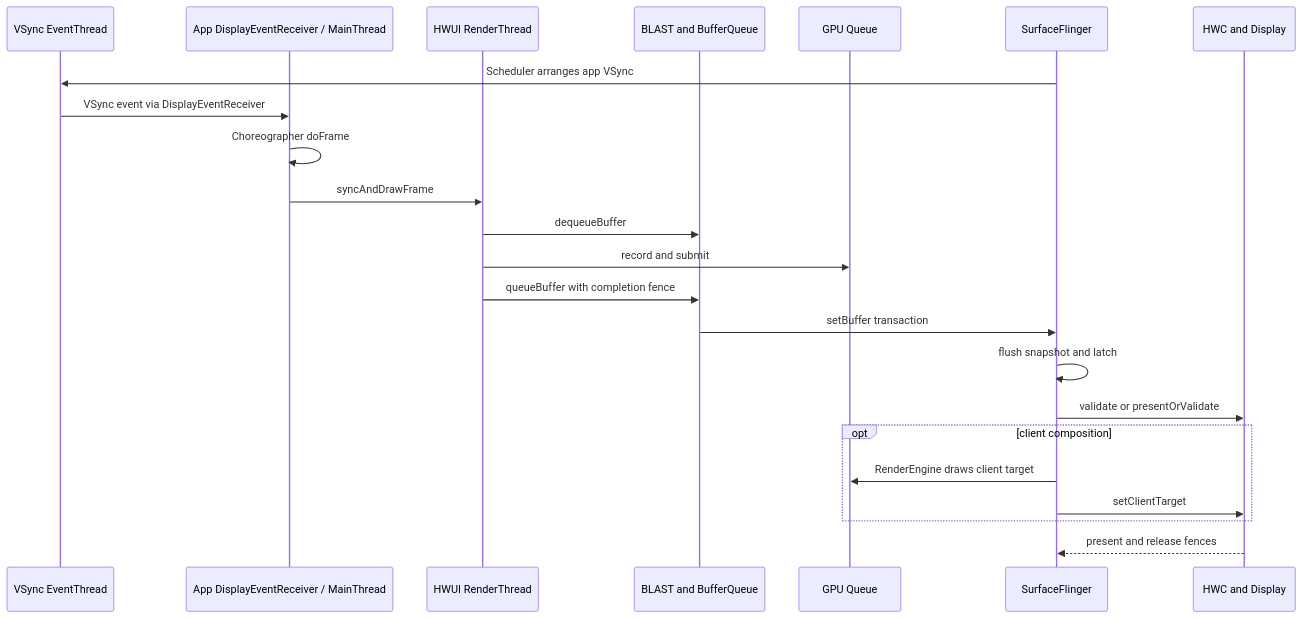
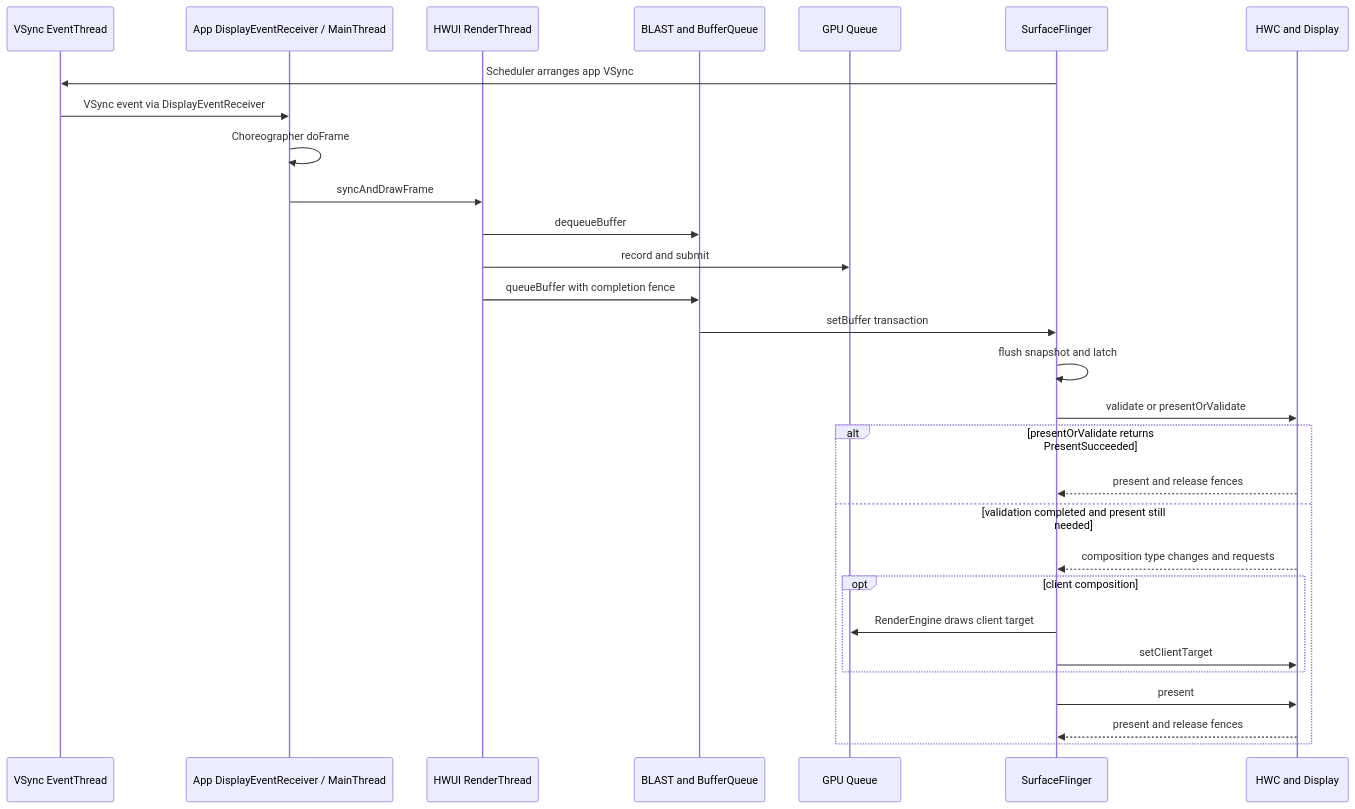
One commit to Gracker/android-internals-wiki changed the diagram in src/part1-fundamentals/ch01-architecture/19-display-windowmanager-architecture.md. Above: the diagram before and after it, drawn with Mermaid. The commit also changed other lines of this file, not shown here.

````diff
--- a/src/part1-fundamentals/ch01-architecture/19-display-windowmanager-architecture.md
+++ b/src/part1-fundamentals/ch01-architecture/19-display-windowmanager-architecture.md
@@ -321,26 +325,32 @@
 ```mermaid
 sequenceDiagram
     participant ET as VSync EventThread
     participant APP as App DisplayEventReceiver / MainThread
     participant RT as HWUI RenderThread
     participant BQ as BLAST and BufferQueue
     participant GPU as GPU Queue
     participant SF as SurfaceFlinger
     participant HWC as HWC and Display
 
     SF->>ET: Scheduler arranges app VSync
     ET->>APP: VSync event via DisplayEventReceiver
     APP->>APP: Choreographer doFrame
     APP->>RT: syncAndDrawFrame
     RT->>BQ: dequeueBuffer
     RT->>GPU: record and submit
     RT->>BQ: queueBuffer with completion fence
     BQ->>SF: setBuffer transaction
     SF->>SF: flush snapshot and latch
     SF->>HWC: validate or presentOrValidate
-    opt client composition
-        SF->>GPU: RenderEngine draws client target
-        SF->>HWC: setClientTarget
+    alt presentOrValidate returns PresentSucceeded
+        HWC-->>SF: present and release fences
+    else validation completed and present still needed
+        HWC-->>SF: composition type changes and requests
+        opt client composition
+            SF->>GPU: RenderEngine draws client target
+            SF->>HWC: setClientTarget
+        end
+        SF->>HWC: present
+        HWC-->>SF: present and release fences
     end
-    HWC-->>SF: present and release fences
 ```
````
